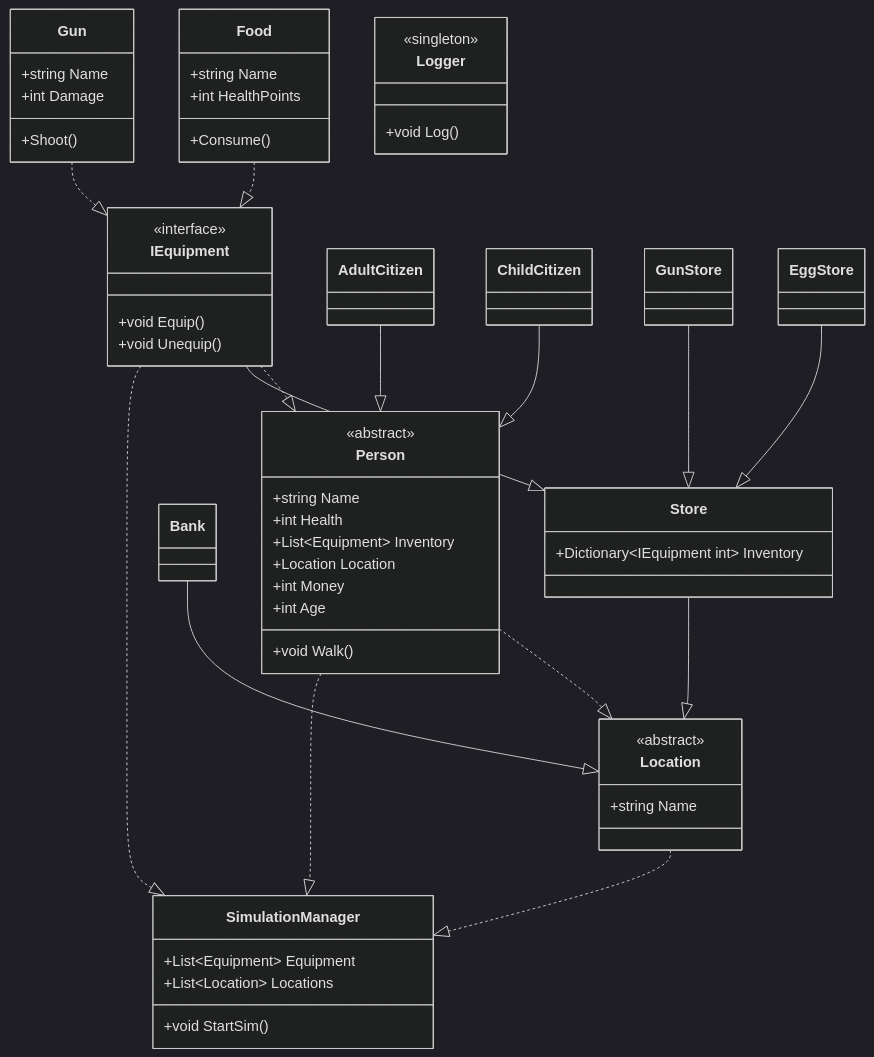
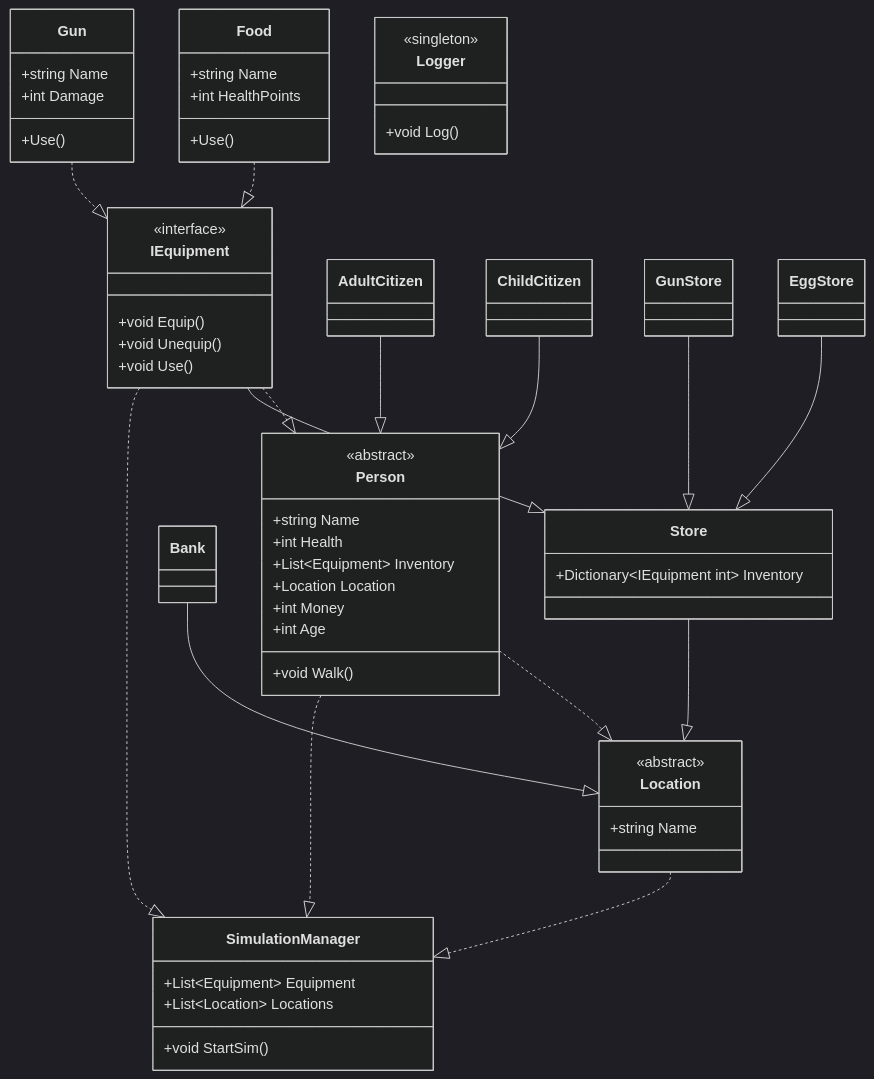
The diagram in README.md (smallbenji-org/HF2-peopleville), drawn with Mermaid (dark theme) before and after one commit.

Commit message:
Updated Diagram

````diff
--- a/README.md
+++ b/README.md
@@ -12,71 +12,72 @@
 ```mermaid
 classDiagram
     class IEquipment{
         <<interface>>
         +void Equip()
         +void Unequip()
+        +void Use()
     }
     Food ..|> IEquipment
     Gun ..|> IEquipment
 
     class Person{
         <<abstract>>
         +string Name
         +int Health
         +List~Equipment~ Inventory
         +Location Location
         +int Money
         +int Age
         +void Walk()
     }
     AdultCitizen --|> Person
     ChildCitizen --|> Person
     IEquipment ..|> Person
 
     class AdultCitizen{
     }
     class ChildCitizen{
     }
 
     class Location{
         <<abstract>>
         +string Name
     }
     Bank --|> Location
     Store --|> Location
     Person ..|> Location
 
     class Logger{
         <<singleton>>
         +void Log()
     }
 
     class Food{
         +string Name
         +int HealthPoints
-        +Consume()
+        +Use()
     }
 
     class Gun{
         +string Name
         +int Damage
-        +Shoot()
+        +Use()
     }
 
     class Store{
         +Dictionary~IEquipment int~ Inventory
     }
     GunStore --|> Store
     EggStore --|> Store
     IEquipment --|> Store
 
     class SimulationManager{
         +void StartSim()
         +List~Equipment~ Equipment
         +List~Location~ Locations
     }
     IEquipment ..|> SimulationManager
     Person ..|> SimulationManager
     Location ..|> SimulationManager
 
 ```
````
